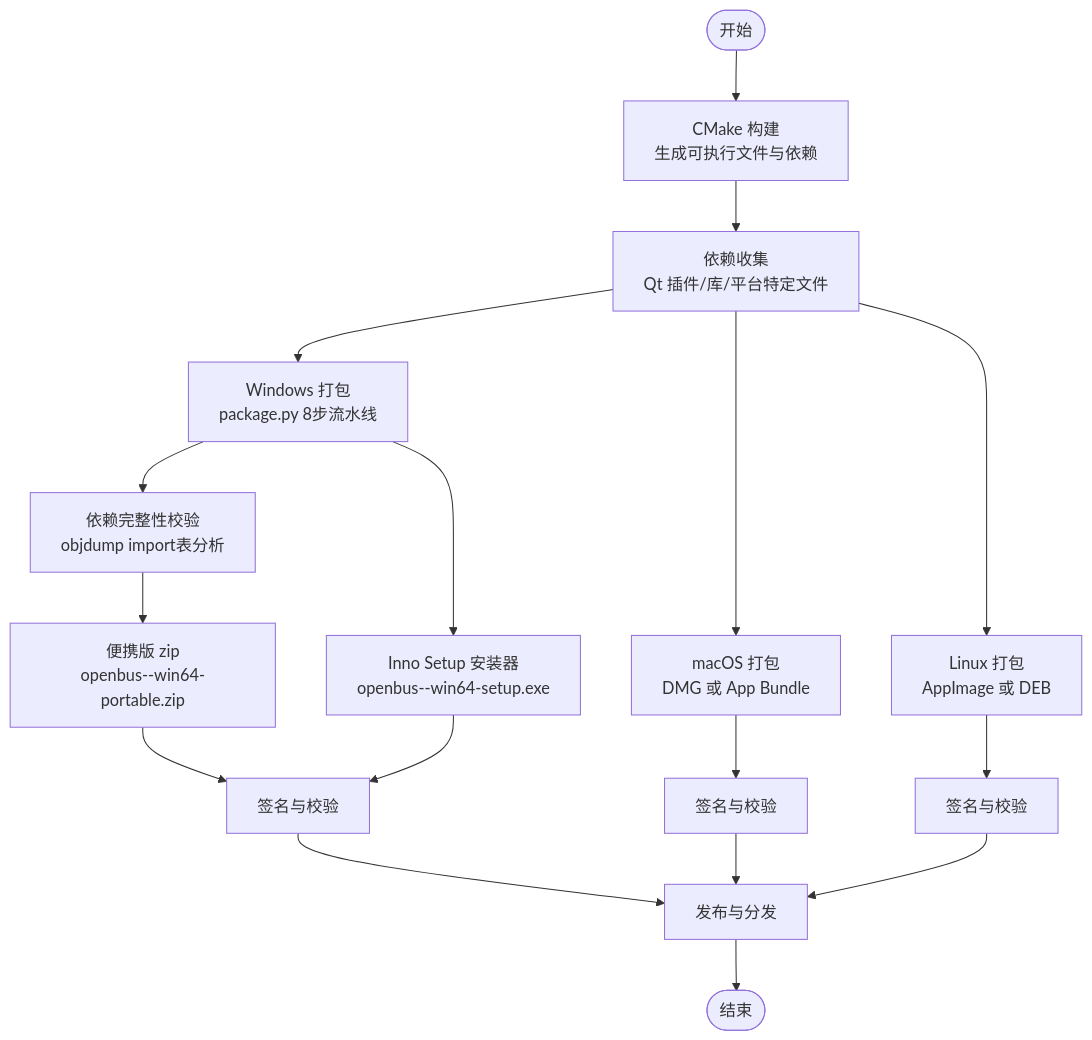
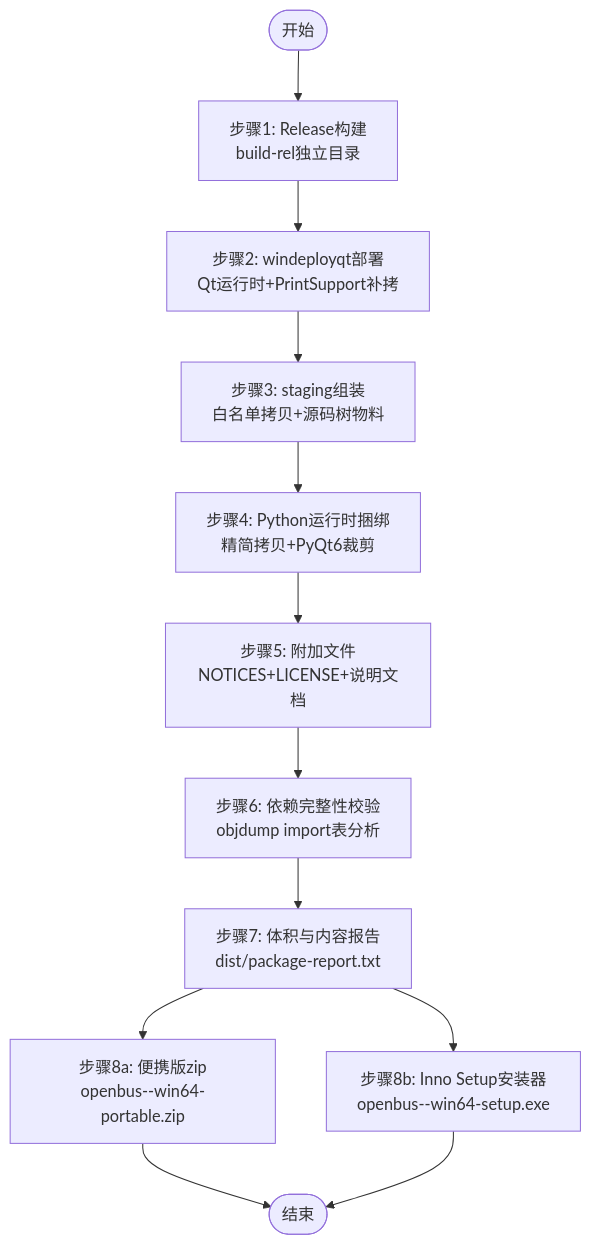
One commit to jakecai1225-design/OpenBus changed the second of 3 diagrams in .qoder/repowiki/zh/content/构建和部署/打包和部署.md. Above: the diagram before and after it, drawn with Mermaid. The commit also changed other lines of this file and 151 other files, not shown here.

````diff
--- a/.qoder/repowiki/zh/content/构建和部署/打包和部署.md
+++ b/.qoder/repowiki/zh/content/构建和部署/打包和部署.md
@@ -92,19 +101,14 @@
 ```mermaid
 flowchart TD
-Start(["开始"]) --> Build["CMake 构建<br/>生成可执行文件与依赖"]
-Build --> Collect["依赖收集<br/>Qt 插件/库/平台特定文件"]
-Collect --> PackageWin["Windows 打包<br/>package.py 8步流水线"]
-PackageWin --> Validate["依赖完整性校验<br/>objdump import表分析"]
-Validate --> Zip["便携版 zip<br/>openbus-<ver>-win64-portable.zip"]
-PackageWin --> Installer["Inno Setup 安装器<br/>openbus-<ver>-win64-setup.exe"]
-Collect --> PackageMac["macOS 打包<br/>DMG 或 App Bundle"]
-Collect --> PackageLinux["Linux 打包<br/>AppImage 或 DEB"]
-Zip --> SignWin["签名与校验"]
-Installer --> SignWin
-PackageMac --> SignMac["签名与校验"]
-PackageLinux --> SignLinux["签名与校验"]
-SignWin --> Publish["发布与分发"]
-SignMac --> Publish
-SignLinux --> Publish
-Publish --> End(["结束"])
+Start(["开始"]) --> Step1["步骤1: Release构建<br/>build-rel独立目录"]
+Step1 --> Step2["步骤2: windeployqt部署<br/>Qt运行时+PrintSupport补拷"]
+Step2 --> Step3["步骤3: staging组装<br/>白名单拷贝+源码树物料"]
+Step3 --> Step4["步骤4: Python运行时捆绑<br/>精简拷贝+PyQt6裁剪"]
+Step4 --> Step5["步骤5: 附加文件<br/>NOTICES+LICENSE+说明文档"]
+Step5 --> Step6["步骤6: 依赖完整性校验<br/>objdump import表分析"]
+Step6 --> Step7["步骤7: 体积与内容报告<br/>dist/package-report.txt"]
+Step7 --> Step8a["步骤8a: 便携版zip<br/>openbus-<ver>-win64-portable.zip"]
+Step7 --> Step8b["步骤8b: Inno Setup安装器<br/>openbus-<ver>-win64-setup.exe"]
+Step8a --> End(["结束"])
+Step8b --> End
 ```
````
